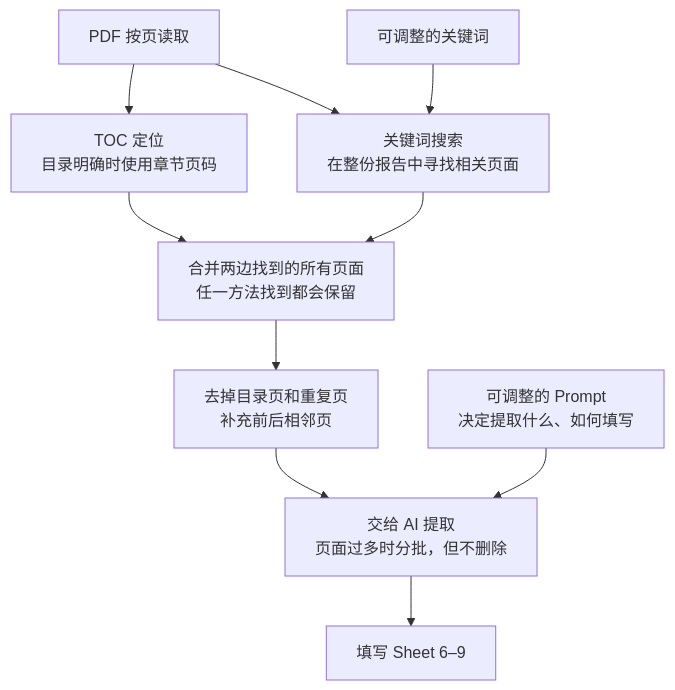
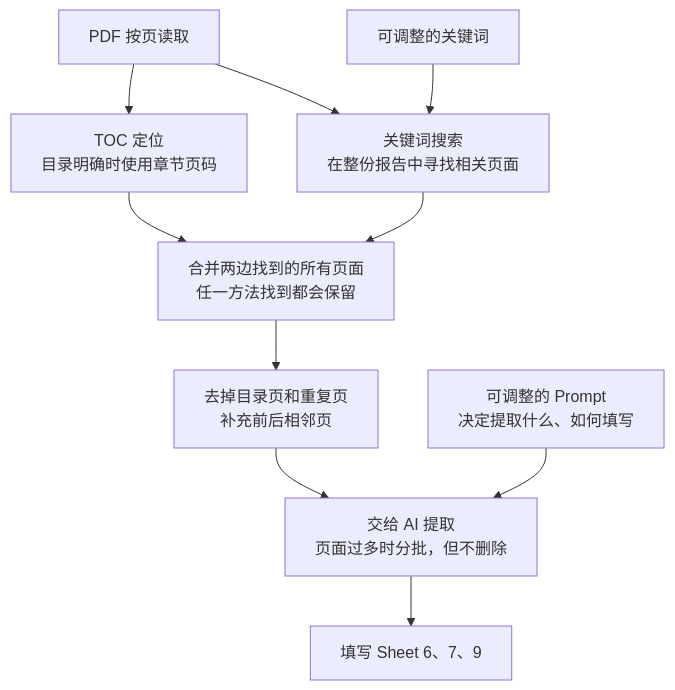
Before and after one commit to EY-AI-Assurance/SOC-audit: the diagram in README.md, drawn with Mermaid. The commit also changed other lines of this file and 4 other files, not shown here.

````diff
--- a/README.md
+++ b/README.md
@@ -140,18 +140,17 @@
 ```mermaid
 flowchart TD
     A["PDF 按页读取"] --> B["TOC 定位<br/>目录明确时使用章节页码"]
     A --> C["关键词搜索<br/>在整份报告中寻找相关页面"]
 
     K["可调整的关键词"] --> C
 
     B --> D["合并两边找到的所有页面<br/>任一方法找到都会保留"]
     C --> D
-
     D --> E["去掉目录页和重复页<br/>补充前后相邻页"]
 
     E --> F["交给 AI 提取<br/>页面过多时分批，但不删除"]
 
     P["可调整的 Prompt<br/>决定提取什么、如何填写"] --> F
 
-    F --> G["填写 Sheet 6–9"]
+    F --> G["填写 Sheet 6、7、9"]
 ```
````
